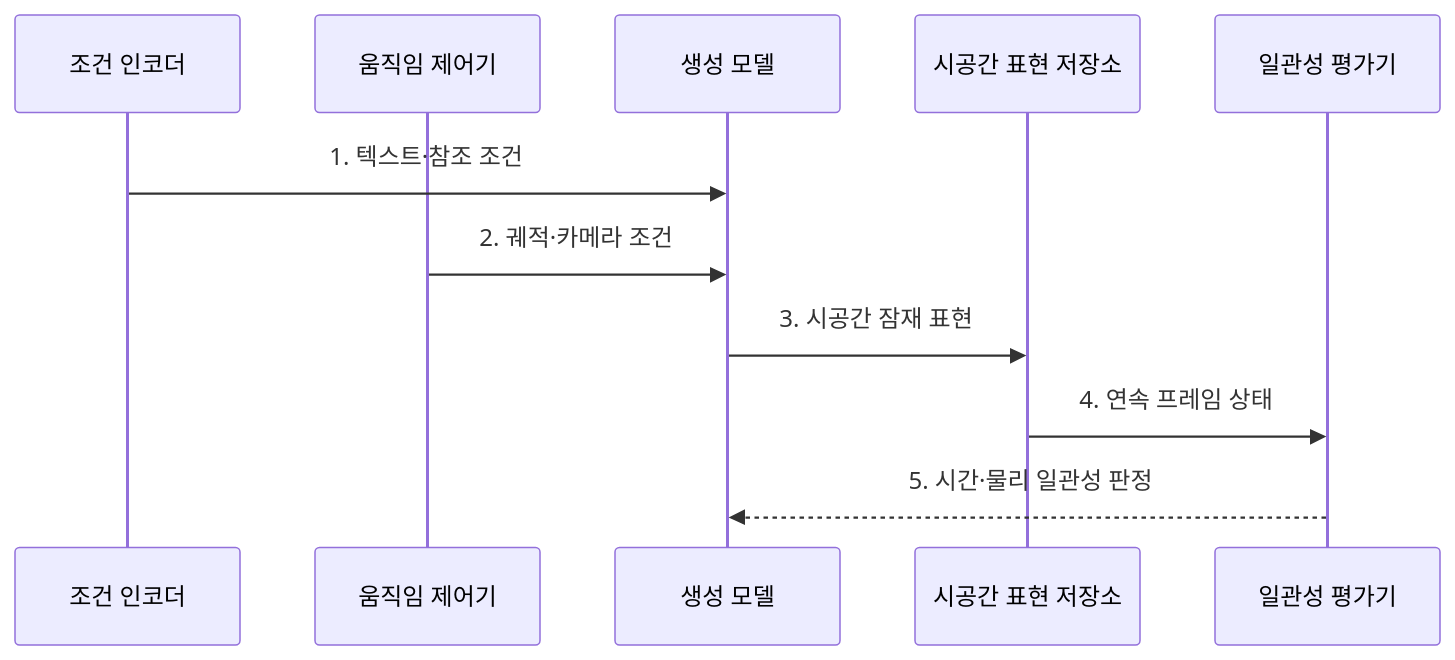
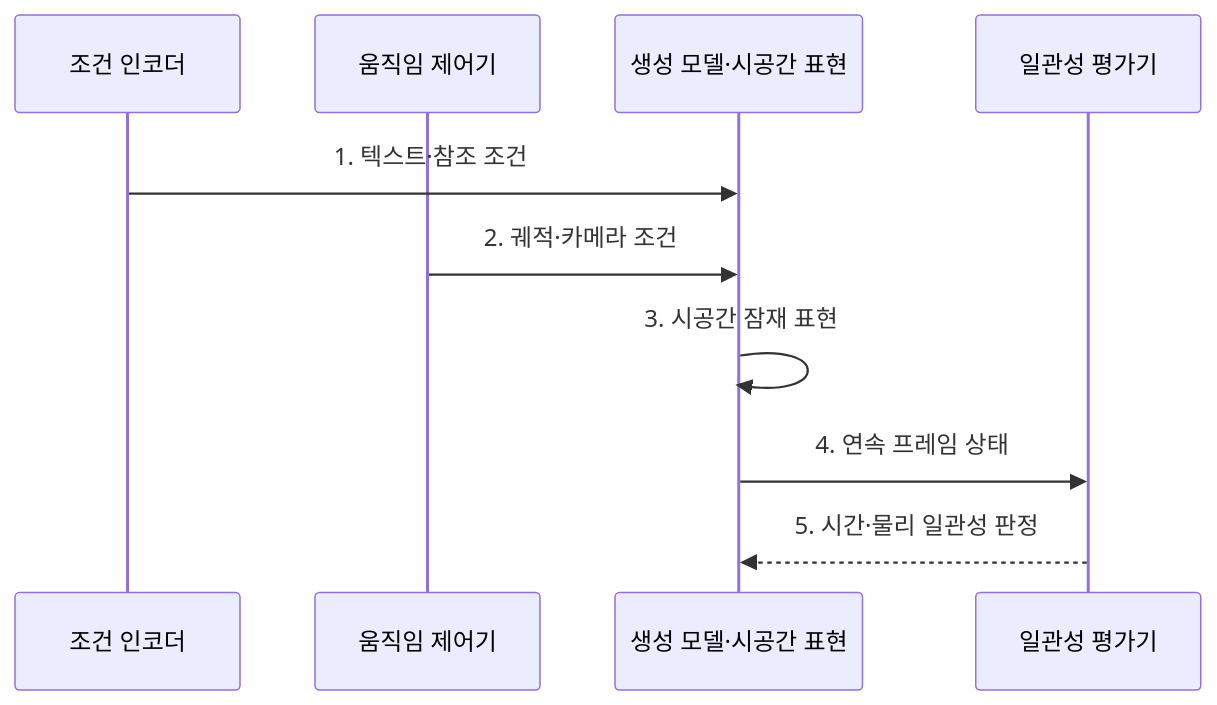
Before and after one commit to agnusdei1207/knowledge-base: the second of 2 diagrams in src/content/docs/notes/08-latest-tech/091_video_generation.md, drawn with Mermaid. The commit also changed 8 other files, not shown here.

Commit message:
Focus AI evaluation and reasoning flows

````diff
--- a/src/content/docs/notes/08-latest-tech/091_video_generation.md
+++ b/src/content/docs/notes/08-latest-tech/091_video_generation.md
@@ -104,13 +104,12 @@
 ```mermaid
 sequenceDiagram
   participant C as 조건 인코더
   participant M as 움직임 제어기
-  participant G as 생성 모델
-  participant L as 시공간 표현 저장소
+  participant G as 생성 모델·시공간 표현
   participant E as 일관성 평가기
   C->>G: 1. 텍스트·참조 조건
   M->>G: 2. 궤적·카메라 조건
-  G->>L: 3. 시공간 잠재 표현
-  L->>E: 4. 연속 프레임 상태
+  G->>G: 3. 시공간 잠재 표현
+  G->>E: 4. 연속 프레임 상태
   E-->>G: 5. 시간·물리 일관성 판정
 ```
````
